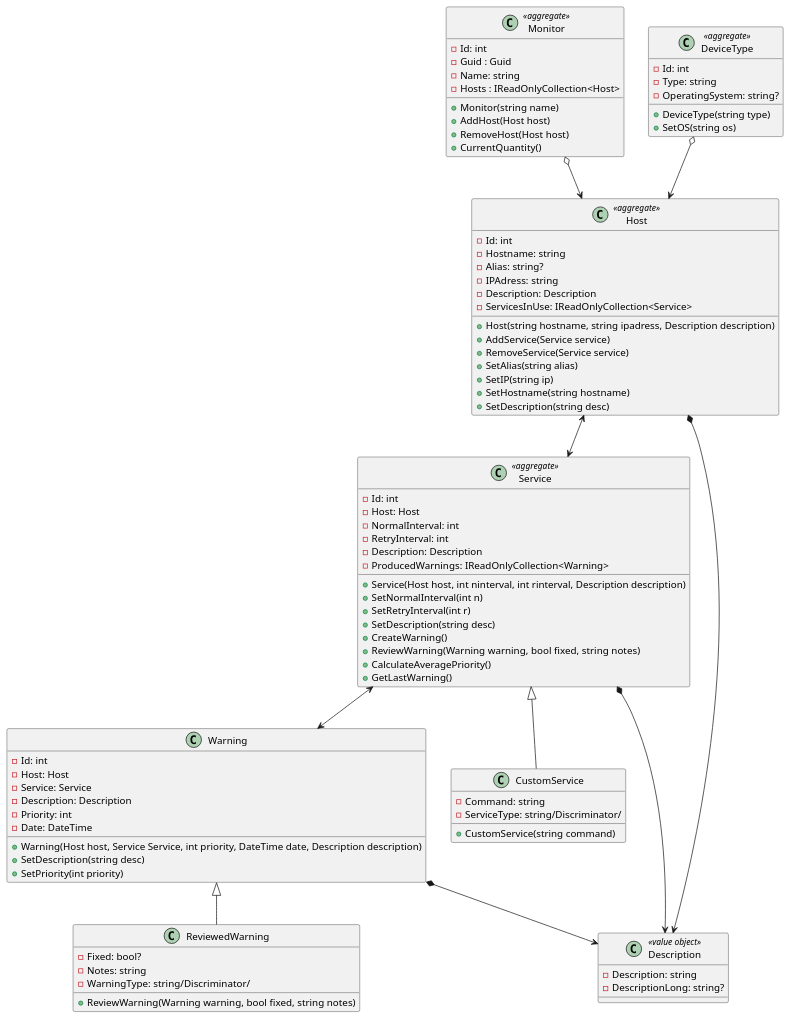
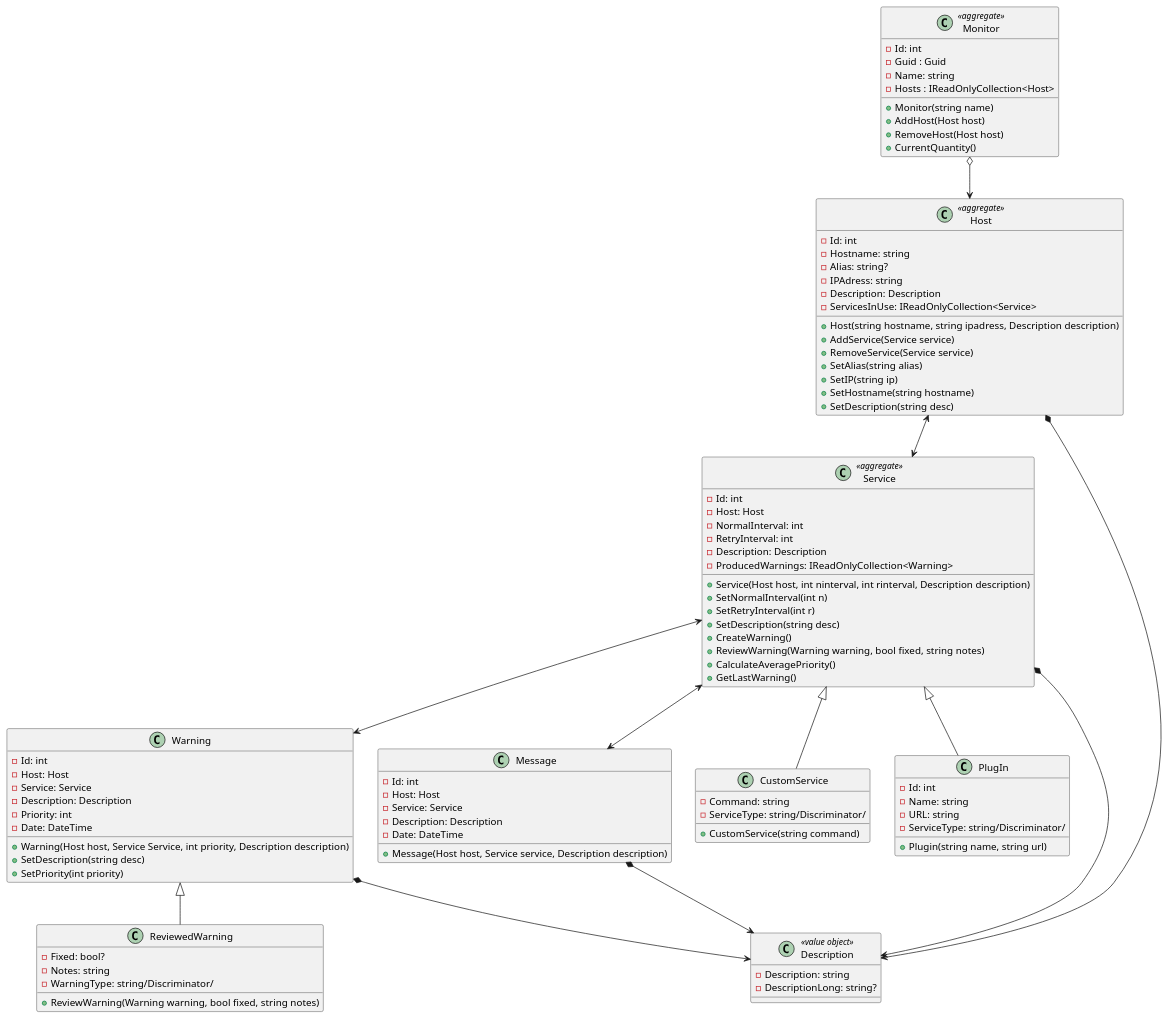
One commit to pa4ul/NetMonitor changed the diagram in ClassDiagram/NetMonitor.puml. Above: the diagram before and after it, drawn with PlantUML. The commit also changed 19 other files, not shown here.

```diff
--- a/ClassDiagram/NetMonitor.puml
+++ b/ClassDiagram/NetMonitor.puml
@@ -1,96 +1,106 @@
 @startuml
 
 class Monitor <<aggregate>>{
     - Id: int
     - Guid : Guid
     - Name: string
     - Hosts : IReadOnlyCollection<Host>
     + Monitor(string name)
     + AddHost(Host host)
     + RemoveHost(Host host)
     + CurrentQuantity()
 }
-
+class Message{
+    -Id: int
+    -Host: Host
+    -Service: Service
+    -Description: Description
+    -Date: DateTime
+    +Message(Host host, Service service, Description description)
+}
 class Host <<aggregate>>{
     -Id: int
     -Hostname: string
     -Alias: string?
     -IPAdress: string
     -Description: Description
     -ServicesInUse: IReadOnlyCollection<Service>
     +Host(string hostname, string ipadress, Description description)
     +AddService(Service service)
     +RemoveService(Service service)
     +SetAlias(string alias)
     +SetIP(string ip)
     +SetHostname(string hostname)
     +SetDescription(string desc)
 }
 class Service<<aggregate>>{
     -Id: int
     -Host: Host
     -NormalInterval: int
     -RetryInterval: int
     -Description: Description
     -ProducedWarnings: IReadOnlyCollection<Warning>
     +Service(Host host, int ninterval, int rinterval, Description description)
     +SetNormalInterval(int n)
     +SetRetryInterval(int r)
     +SetDescription(string desc)
     +CreateWarning()
     +ReviewWarning(Warning warning, bool fixed, string notes)
     +CalculateAveragePriority()
     +GetLastWarning()
 
 }
 
 class CustomService{
     -Command: string
     -ServiceType: string/Discriminator/
     +CustomService(string command)
 }
 
+class PlugIn{
+    -Id: int
+    -Name: string
+    -URL: string
+    -ServiceType: string/Discriminator/
+    +Plugin(string name, string url)
+}
+
 class Description <<value object>>{
     -Description: string
     -DescriptionLong: string?
 }
 
 class Warning{
     -Id: int
     -Host: Host
     -Service: Service
     -Description: Description
     -Priority: int
     -Date: DateTime
-    +Warning(Host host, Service Service, int priority, DateTime date, Description description)
+    +Warning(Host host, Service Service, int priority, Description description)
     +SetDescription(string desc)
     +SetPriority(int priority)
 }
 
 class ReviewedWarning{
     -Fixed: bool?
     -Notes: string
     -WarningType: string/Discriminator/
     +ReviewWarning(Warning warning, bool fixed, string notes)
 }
 
-class DeviceType <<aggregate>>{
-    -Id: int
-    -Type: string
-    -OperatingSystem: string?
-    +DeviceType(string type)
-    +SetOS(string os)
-}
+
 
 ReviewedWarning -up-|> Warning
 CustomService -up-|> Service
+PlugIn -up-|> Service
 Host *--> Description
 Service *--> Description
 Warning *--> Description
+Message *--> Description
 Host <--> Service
 Monitor o--> Host
-DeviceType o--> Host
 Service <--> Warning
-
+Service <--> Message
 
 @enduml
```
